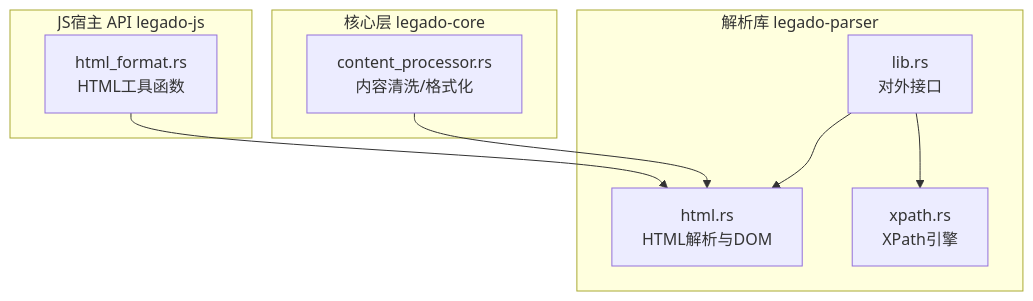
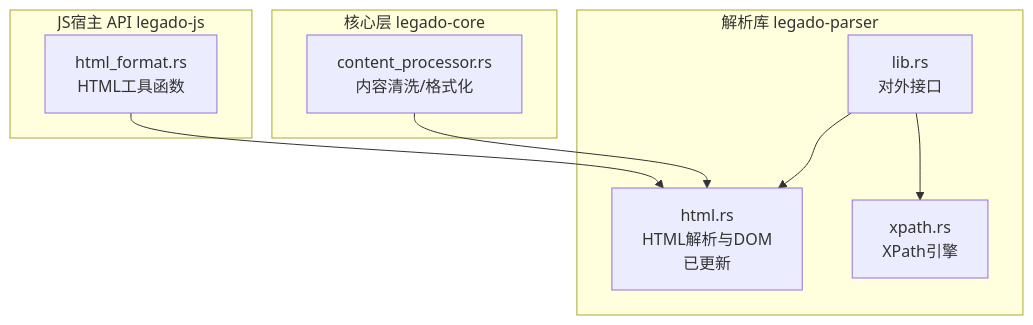
The first of 6 diagrams in .qoder/repowiki/zh/content/Rust核心库/解析引擎/HTML解析器.md (ZhangGHGitHub/LegadoTeamFlutter), drawn with Mermaid before and after one commit. The commit also changed other lines of this file and 66 other files, not shown here.

````diff
--- a/.qoder/repowiki/zh/content/Rust核心库/解析引擎/HTML解析器.md
+++ b/.qoder/repowiki/zh/content/Rust核心库/解析引擎/HTML解析器.md
@@ -40,18 +49,18 @@
 ```mermaid
 graph TB
 subgraph "解析库 legado-parser"
-H["html.rs<br/>HTML解析与DOM"]
+H["html.rs<br/>HTML解析与DOM<br/>已更新"]
 X["xpath.rs<br/>XPath引擎"]
 L["lib.rs<br/>对外接口"]
 end
 subgraph "核心层 legado-core"
 C["content_processor.rs<br/>内容清洗/格式化"]
 end
 subgraph "JS宿主 API legado-js"
 J["html_format.rs<br/>HTML工具函数"]
 end
 L --> H
 L --> X
 C --> H
 J --> H
 ```
````
